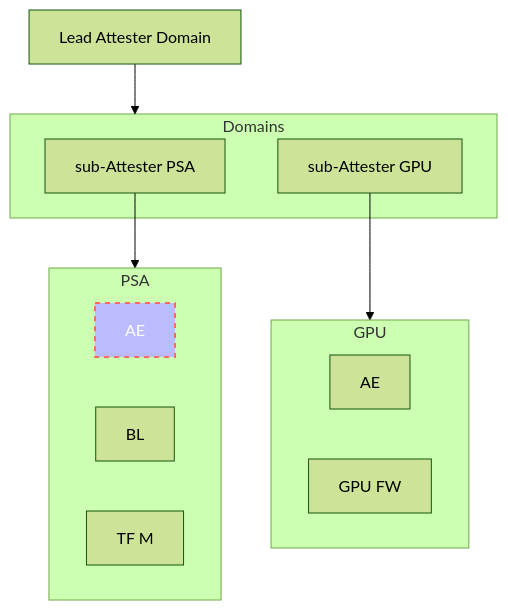
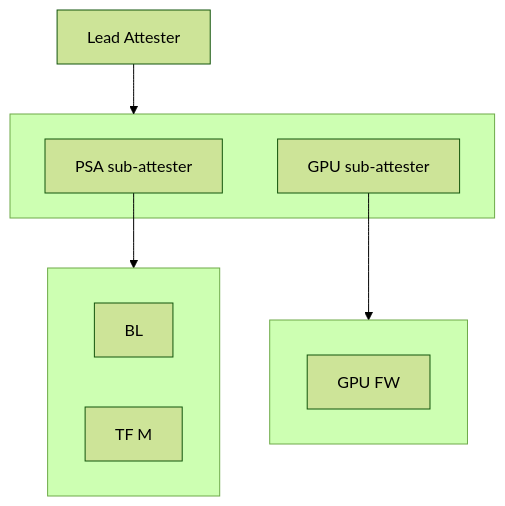
The first of 2 diagrams in musings/composite-attester.md (veraison/docs), drawn with Mermaid (forest theme) before and after one commit. The commit also changed other lines of this file, not shown here.

````diff
--- a/musings/composite-attester.md
+++ b/musings/composite-attester.md
@@ -5,23 +9,20 @@
 ```mermaid
 flowchart TD
-    Domain1["sub-Attester PSA"]
-    subgraph Attester1["PSA"]
-        AE1["AE"]
-        style AE1 fill:#bbf,stroke:#f66,stroke-width:2px,color:#fff,stroke-dasharray: 5 5
+    Domain1["PSA sub-attester"]
+    subgraph Attester1[" "]
         TEx["BL"]
         TEy["TF M"]
     end
-    Domain2["sub-Attester GPU"]
-    subgraph Attester2["GPU"]
-        AE2["AE"]
+    Domain2["GPU sub-attester"]
+    subgraph Attester2[" "]
         TE2["GPU FW"]
     end
     Domain1 --> Attester1
     Domain2 --> Attester2
-    Domain0["Lead Attester Domain"]
-    subgraph DomainComp["Domains"]
-        Domain1["sub-Attester PSA"]
-        Domain2["sub-Attester GPU"]
+    Domain0["Lead Attester"]
+    subgraph DomainComp[" "]
+        Domain1
+        Domain2
     end
     Domain0 --> DomainComp
 ```
````
